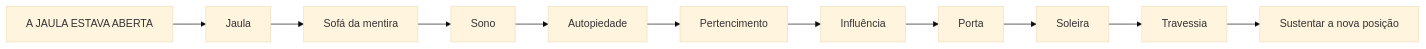
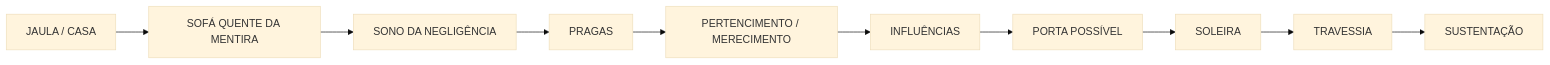
One commit to Sollimastudio/trilogia-sol-lima changed the fourth of 8 diagrams in 02_REPOSICIONE_SE/MAPA_VISUAL.md. Above: the diagram before and after it, drawn with Mermaid (base theme). The commit also changed other lines of this file, not shown here.

````diff
--- a/02_REPOSICIONE_SE/MAPA_VISUAL.md
+++ b/02_REPOSICIONE_SE/MAPA_VISUAL.md
@@ -43,13 +67,12 @@
 ```mermaid
 flowchart LR
-    J1[A JAULA ESTAVA ABERTA] --> J2[Jaula]
-    J2 --> J3[Sofá da mentira]
-    J3 --> J4[Sono]
-    J4 --> J5[Autopiedade]
-    J5 --> J6[Pertencimento]
-    J6 --> J7[Influência]
-    J7 --> J8[Porta]
-    J8 --> J9[Soleira]
-    J9 --> J10[Travessia]
-    J10 --> J11[Sustentar a nova posição]
+    J[JAULA / CASA] --> S[SOFÁ QUENTE DA MENTIRA]
+    S --> N[SONO DA NEGLIGÊNCIA]
+    N --> P[PRAGAS]
+    P --> B[PERTENCIMENTO / MERECIMENTO]
+    B --> I[INFLUÊNCIAS]
+    I --> D[PORTA POSSÍVEL]
+    D --> SO[SOLEIRA]
+    SO --> T[TRAVESSIA]
+    T --> ST[SUSTENTAÇÃO]
 ```
````
